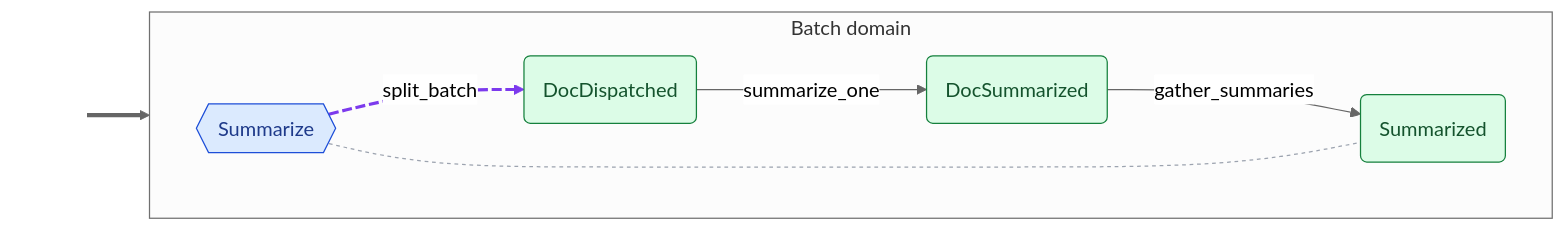
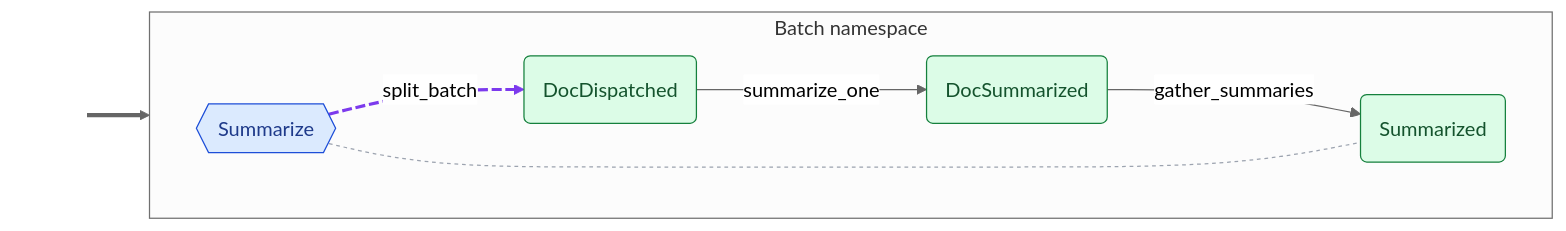
The second of 2 diagrams in examples/map_reduce.graph.md (cadance-io/langgraph-events), drawn with Mermaid (neutral theme) before and after one commit. The commit also changed other lines of this file and 44 other files, not shown here.

````diff
--- a/examples/map_reduce.graph.md
+++ b/examples/map_reduce.graph.md
@@ -44,25 +44,25 @@
 ```mermaid
 graph LR
     classDef entry fill:none,stroke:none,color:none
     classDef cmd fill:#dbeafe,stroke:#1d4ed8,color:#1e3a8a
     classDef devt fill:#dcfce7,stroke:#15803d,color:#14532d
     classDef intg fill:#ede9fe,stroke:#6d28d9,color:#4c1d95
     classDef syst fill:#fef3c7,stroke:#b45309,color:#78350f
     classDef halt fill:#fef3c7,stroke:#b45309,color:#78350f,stroke-width:3px,stroke-dasharray:4 2
     classDef inv fill:#ffedd5,stroke:#c2410c,color:#7c2d12
-    subgraph Batch["Batch domain"]
+    subgraph Batch["Batch namespace"]
         direction LR
         DocDispatched(DocDispatched):::devt
         DocSummarized(DocSummarized):::devt
         Summarize{{Summarize}}:::cmd
         Summarized(Summarized):::devt
     end
     _e0_[ ]:::entry ==> Summarize
     Summarize -.->|split_batch| DocDispatched
     DocDispatched -->|summarize_one| DocSummarized
     DocSummarized -->|gather_summaries| Summarized
     Summarize -.- Summarized
 %% Side-effect handlers: audit_trail (Auditable)
     linkStyle 1 stroke:#7c3aed,stroke-width:2.5px,stroke-dasharray:8 3
     linkStyle 4 stroke:#9ca3af,stroke-dasharray:3 3
 ```
````
